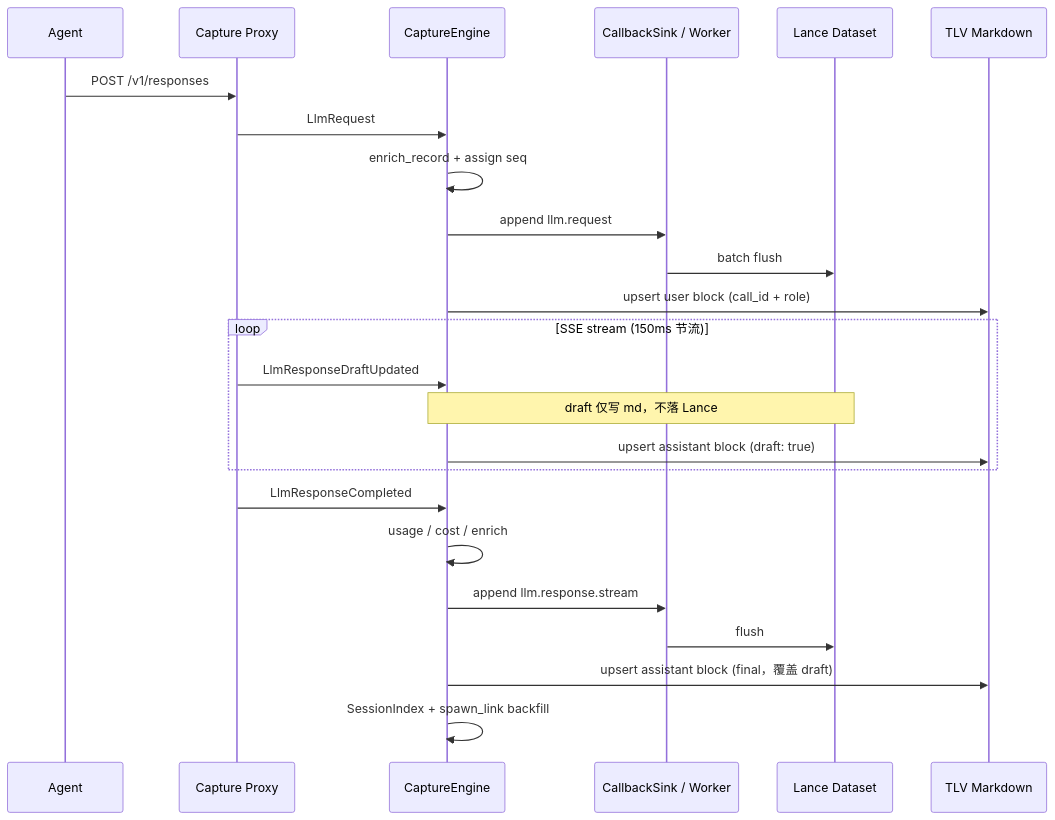
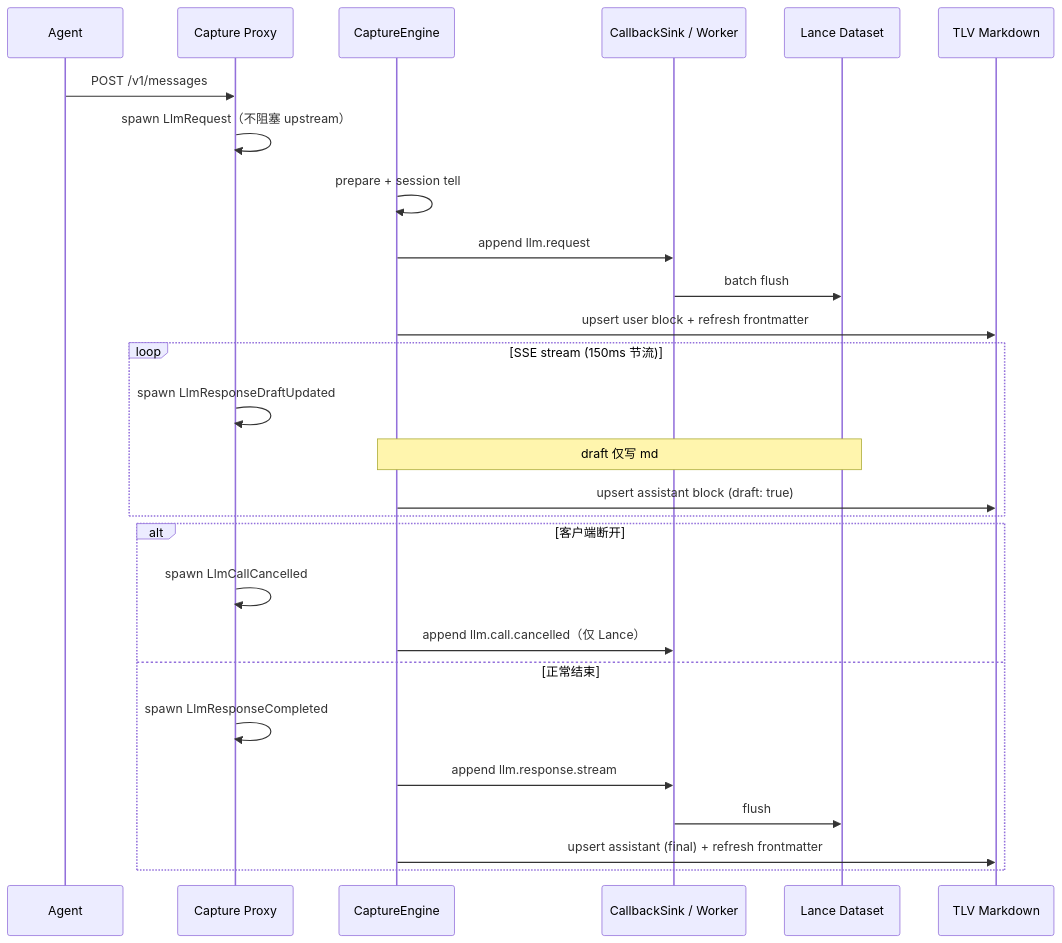
One commit to DeepLink-org/Persisting changed the second of 5 diagrams in docs/src/design/trajectory_storage.zh.md. Above: the diagram before and after it, drawn with Mermaid. The commit also changed other lines of this file and 41 other files, not shown here.

````diff
--- a/docs/src/design/trajectory_storage.zh.md
+++ b/docs/src/design/trajectory_storage.zh.md
@@ -95,30 +98,33 @@
 ```mermaid
 sequenceDiagram
     participant Agent
     participant Proxy as Capture Proxy
     participant Engine as CaptureEngine
     participant Sink as CallbackSink / Worker
     participant Lance as Lance Dataset
     participant MD as TLV Markdown
 
-    Agent->>Proxy: POST /v1/responses
+    Agent->>Proxy: POST /v1/messages
 
-    Proxy->>Engine: LlmRequest
-    Engine->>Engine: enrich_record + assign seq
+    Proxy->>Proxy: spawn LlmRequest（不阻塞 upstream）
+    Engine->>Engine: prepare + session tell
     Engine->>Sink: append llm.request
     Sink->>Lance: batch flush
-    Engine->>MD: upsert user block (call_id + role)
+    Engine->>MD: upsert user block + refresh frontmatter
 
     loop SSE stream (150ms 节流)
-        Proxy->>Engine: LlmResponseDraftUpdated
-        Note over Engine,Lance: draft 仅写 md，不落 Lance
+        Proxy->>Proxy: spawn LlmResponseDraftUpdated
+        Note over Engine,Lance: draft 仅写 md
         Engine->>MD: upsert assistant block (draft: true)
     end
 
-    Proxy->>Engine: LlmResponseCompleted
-    Engine->>Engine: usage / cost / enrich
-    Engine->>Sink: append llm.response.stream
-    Sink->>Lance: flush
-    Engine->>MD: upsert assistant block (final，覆盖 draft)
-    Engine->>Engine: SessionIndex + spawn_link backfill
+    alt 客户端断开
+        Proxy->>Proxy: spawn LlmCallCancelled
+        Engine->>Sink: append llm.call.cancelled（仅 Lance）
+    else 正常结束
+        Proxy->>Proxy: spawn LlmResponseCompleted
+        Engine->>Sink: append llm.response.stream
+        Sink->>Lance: flush
+        Engine->>MD: upsert assistant (final) + refresh frontmatter
+    end
 ```
````
